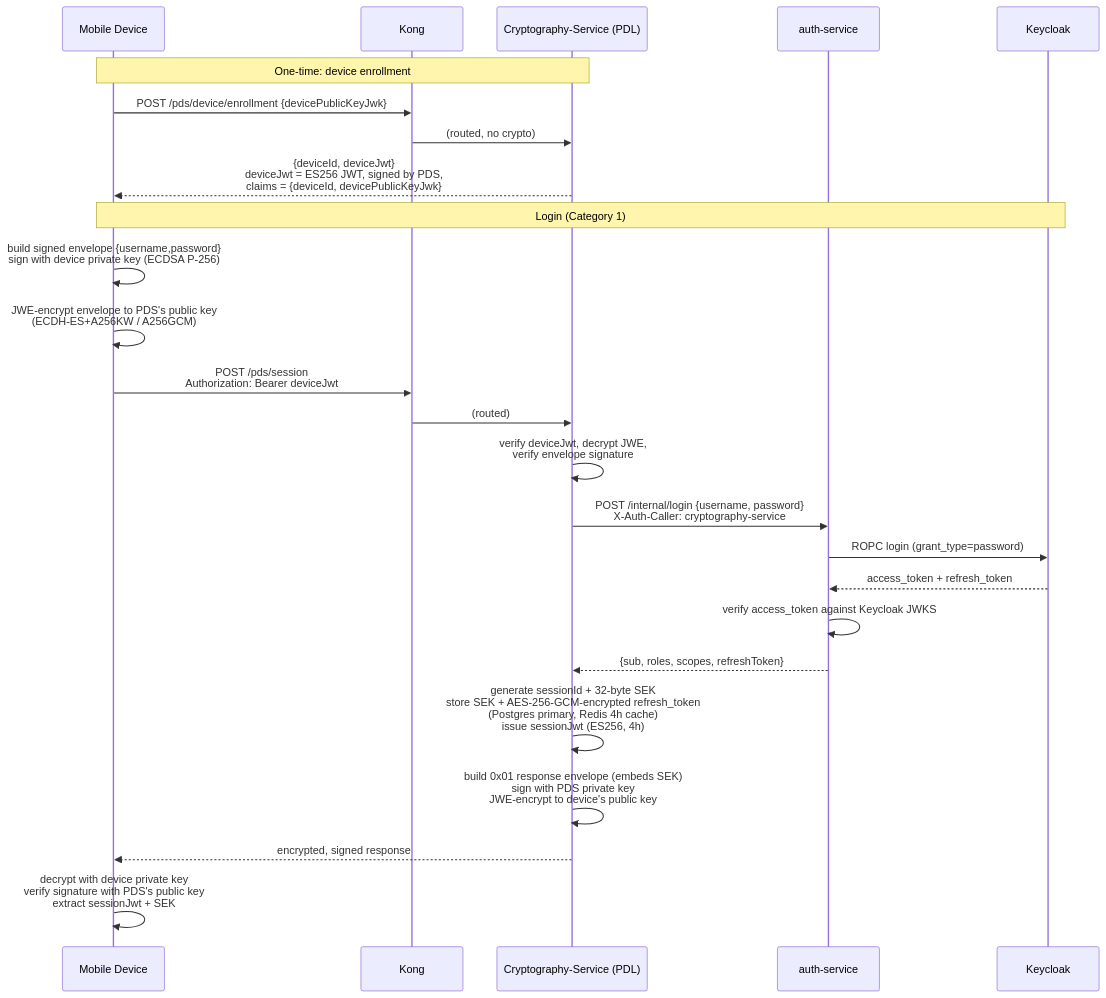
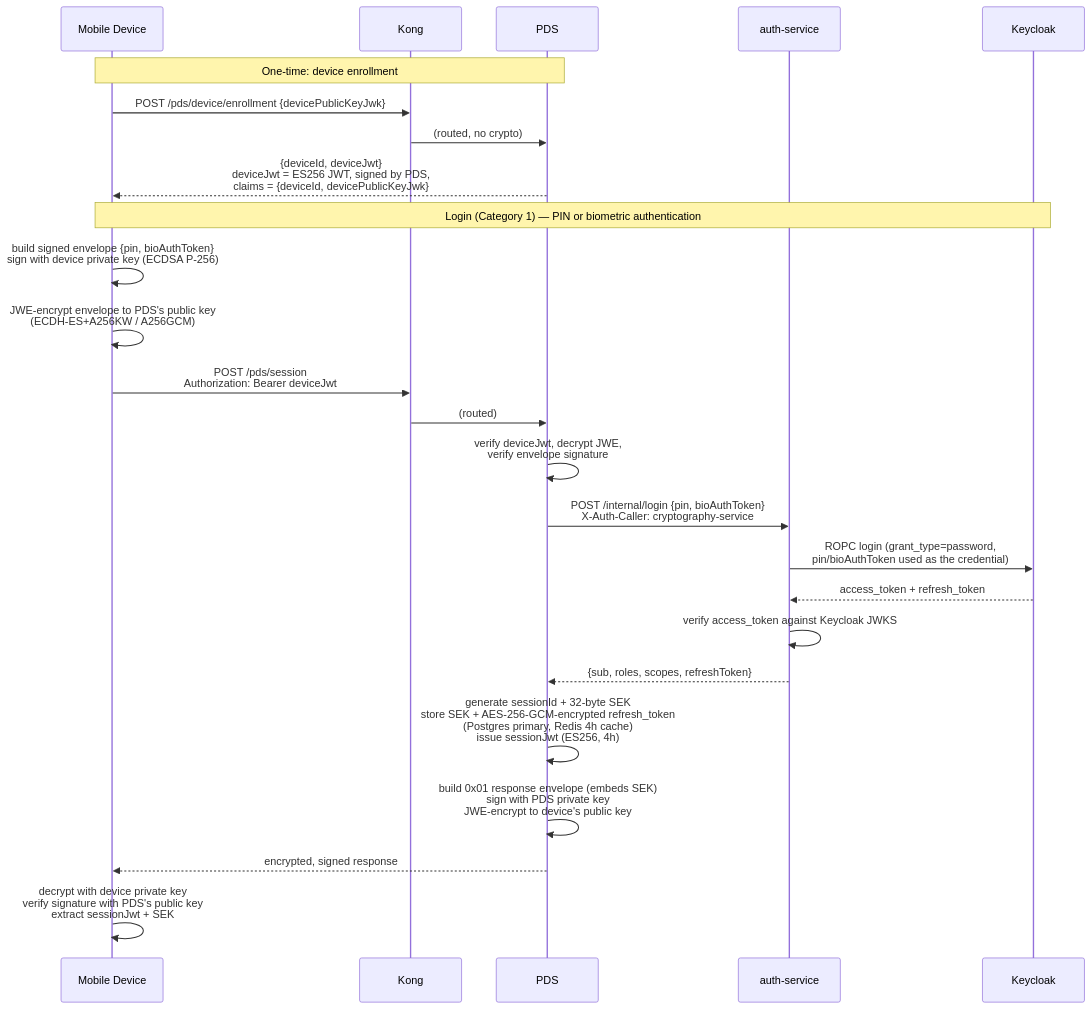
Before and after one commit to PinThapanawat/kong-custom-auth-poc: the first of 3 diagrams in docs/encryption-workflow.md, drawn with Mermaid. The commit also changed other lines of this file and 2 other files, not shown here.

Commit message:
refactor: increase introspection TTL to one hour and update documentation to reflect Cryptography-Service responsibilities.

````diff
--- a/docs/encryption-workflow.md
+++ b/docs/encryption-workflow.md
@@ -39,29 +39,29 @@
 ```mermaid
 sequenceDiagram
     participant Device as Mobile Device
     participant Kong
-    participant PDS as Cryptography-Service (PDL)
+    participant PDS as PDS
     participant Auth as auth-service
     participant Keycloak
 
     Note over Device,PDS: One-time: device enrollment
     Device->>Kong: POST /pds/device/enrollment {devicePublicKeyJwk}
     Kong->>PDS: (routed, no crypto)
     PDS-->>Device: {deviceId, deviceJwt}<br/>deviceJwt = ES256 JWT, signed by PDS,<br/>claims = {deviceId, devicePublicKeyJwk}
 
-    Note over Device,Keycloak: Login (Category 1)
-    Device->>Device: build signed envelope {username,password}<br/>sign with device private key (ECDSA P-256)
+    Note over Device,Keycloak: Login (Category 1) — PIN or biometric authentication
+    Device->>Device: build signed envelope {pin, bioAuthToken}<br/>sign with device private key (ECDSA P-256)
     Device->>Device: JWE-encrypt envelope to PDS's public key<br/>(ECDH-ES+A256KW / A256GCM)
     Device->>Kong: POST /pds/session<br/>Authorization: Bearer deviceJwt
     Kong->>PDS: (routed)
     PDS->>PDS: verify deviceJwt, decrypt JWE,<br/>verify envelope signature
-    PDS->>Auth: POST /internal/login {username, password}<br/>X-Auth-Caller: cryptography-service
-    Auth->>Keycloak: ROPC login (grant_type=password)
+    PDS->>Auth: POST /internal/login {pin, bioAuthToken}<br/>X-Auth-Caller: cryptography-service
+    Auth->>Keycloak: ROPC login (grant_type=password,<br/>pin/bioAuthToken used as the credential)
     Keycloak-->>Auth: access_token + refresh_token
     Auth->>Auth: verify access_token against Keycloak JWKS
     Auth-->>PDS: {sub, roles, scopes, refreshToken}
     PDS->>PDS: generate sessionId + 32-byte SEK<br/>store SEK + AES-256-GCM-encrypted refresh_token<br/>(Postgres primary, Redis 4h cache)<br/>issue sessionJwt (ES256, 4h)
     PDS->>PDS: build 0x01 response envelope (embeds SEK)<br/>sign with PDS private key<br/>JWE-encrypt to device's public key
     PDS-->>Device: encrypted, signed response
     Device->>Device: decrypt with device private key<br/>verify signature with PDS's public key<br/>extract sessionJwt + SEK
 ```
````
